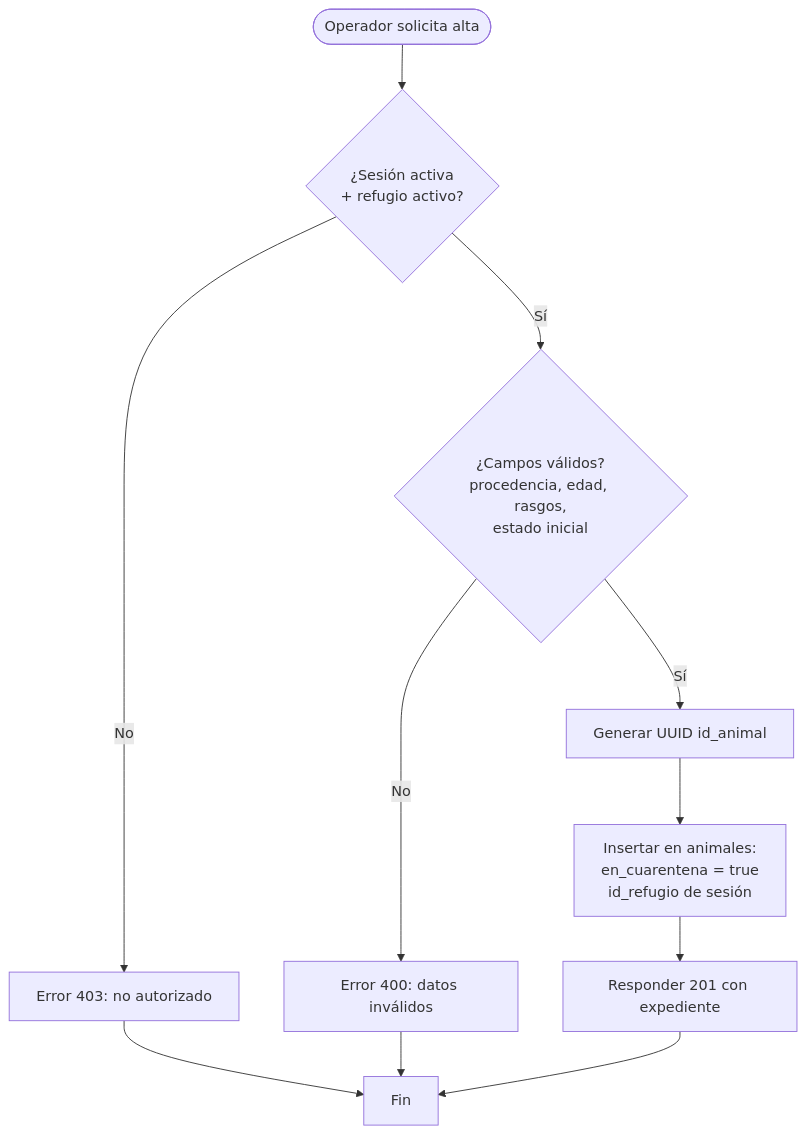
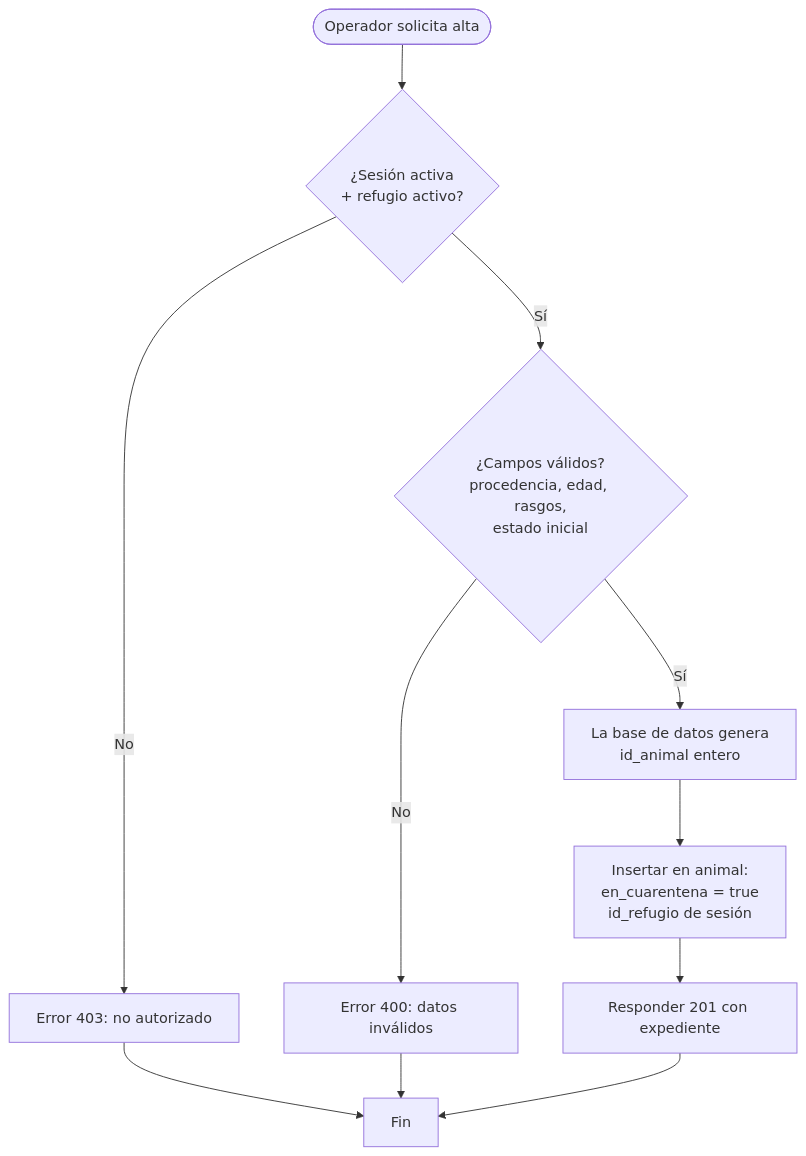
Before and after one commit to thespacio/pixkki: the first of 4 diagrams in docs/features/requerimiento-01-ingresos-expedientes.md, drawn with Mermaid. The commit also changed other lines of this file and 7 other files, not shown here.

Commit message:
fix: align requirement 01 intake with real schema and optional images

````diff
--- a/docs/features/requerimiento-01-ingresos-expedientes.md
+++ b/docs/features/requerimiento-01-ingresos-expedientes.md
@@ -304,13 +324,13 @@
 ```mermaid
 flowchart TD
     Start([Operador solicita alta]) --> Auth{"¿Sesión activa<br/>+ refugio activo?"}
     Auth -- "No" --> Err1[Error 403: no autorizado]
     Auth -- "Sí" --> ValidForm{"¿Campos válidos?<br/>procedencia, edad, rasgos,<br/>estado inicial"}
     ValidForm -- "No" --> Err2[Error 400: datos inválidos]
-    ValidForm -- "Sí" --> GenUUID[Generar UUID id_animal]
-    GenUUID --> Insert[Insertar en animales:<br/>en_cuarentena = true<br/>id_refugio de sesión]
+    ValidForm -- "Sí" --> GenID[La base de datos genera<br/>id_animal entero]
+    GenID --> Insert[Insertar en animal:<br/>en_cuarentena = true<br/>id_refugio de sesión]
     Insert --> Resp[Responder 201 con expediente]
     Err1 --> End[Fin]
     Err2 --> End
     Resp --> End
 ```
````
